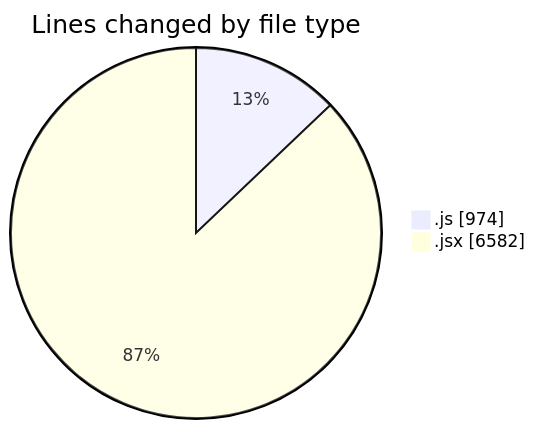
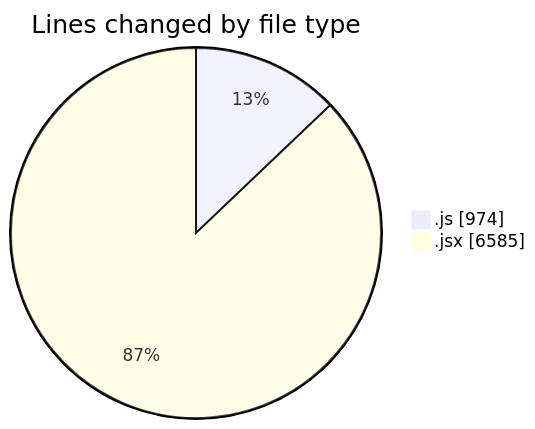
One commit to nxtqubesakshisongat/code-tracking changed the first of 2 diagrams in 2025-12-05/nxtqube_webapp/README.md. Above: the diagram before and after it, drawn with Mermaid. The commit also changed other lines of this file and 1 other file, not shown here.

````diff
--- a/2025-12-05/nxtqube_webapp/README.md
+++ b/2025-12-05/nxtqube_webapp/README.md
@@ -26,6 +26,6 @@
 ```mermaid
 pie showData
 title Lines changed by file type
 ".js" : 974
-".jsx" : 6582
+".jsx" : 6585
 ```
````
